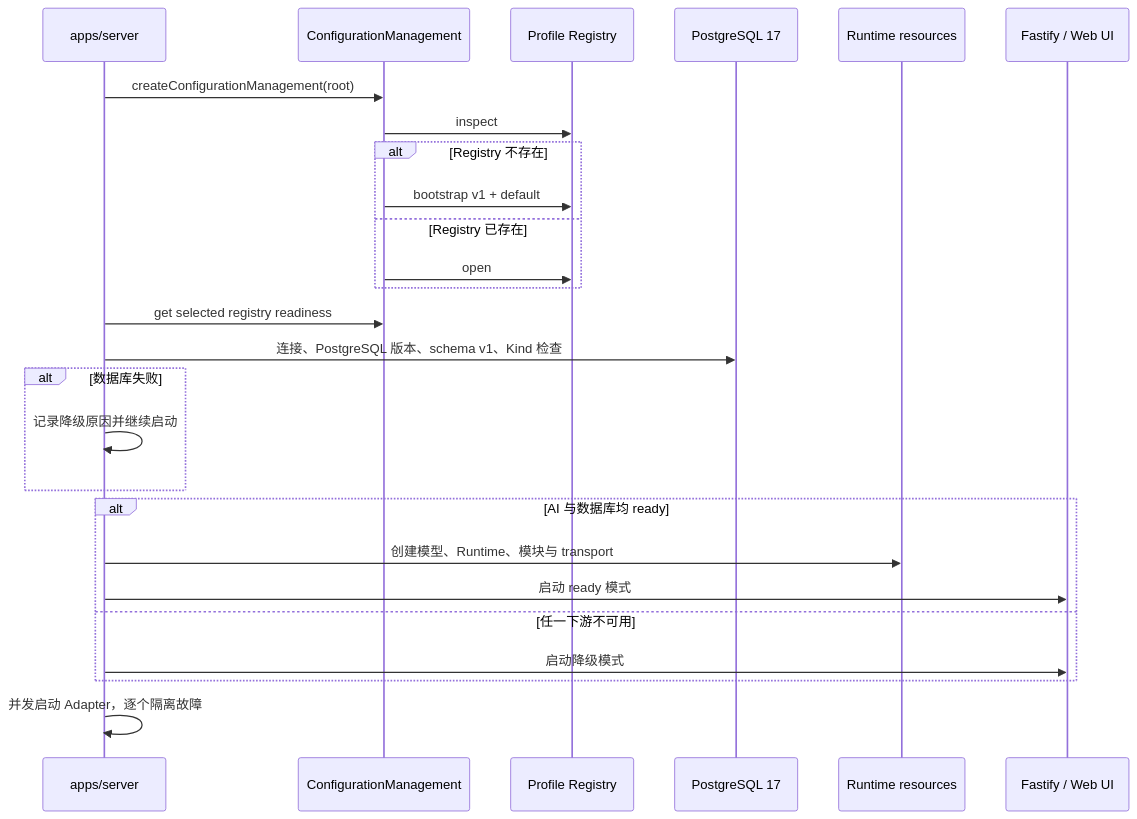
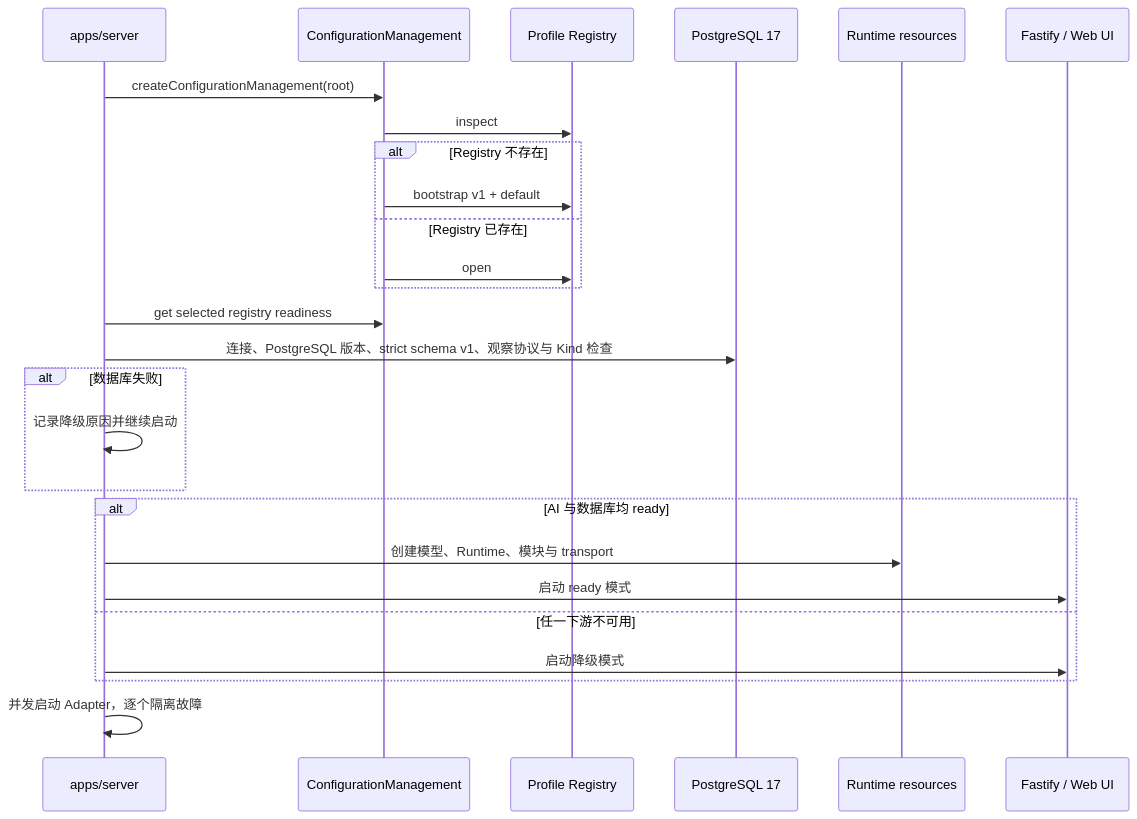
Before and after one commit to posanbu/Kaguya: the diagram in docs/developers/configuration-lifecycle.md, drawn with Mermaid. The commit also changed 85 other files, not shown here.

````diff
--- a/docs/developers/configuration-lifecycle.md
+++ b/docs/developers/configuration-lifecycle.md
@@ -12,29 +12,29 @@
 ```mermaid
 sequenceDiagram
   participant S as apps/server
   participant C as ConfigurationManagement
   participant P as Profile Registry
   participant D as PostgreSQL 17
   participant R as Runtime resources
   participant H as Fastify / Web UI
 
   S->>C: createConfigurationManagement(root)
   C->>P: inspect
   alt Registry 不存在
     C->>P: bootstrap v1 + default
   else Registry 已存在
     C->>P: open
   end
   S->>C: get selected registry readiness
-  S->>D: 连接、PostgreSQL 版本、schema v1、Kind 检查
+  S->>D: 连接、PostgreSQL 版本、strict schema v1、观察协议与 Kind 检查
   alt 数据库失败
     S->>S: 记录降级原因并继续启动
   end
   alt AI 与数据库均 ready
     S->>R: 创建模型、Runtime、模块与 transport
     S->>H: 启动 ready 模式
   else 任一下游不可用
     S->>H: 启动降级模式
   end
   S->>S: 并发启动 Adapter，逐个隔离故障
 ```
````
